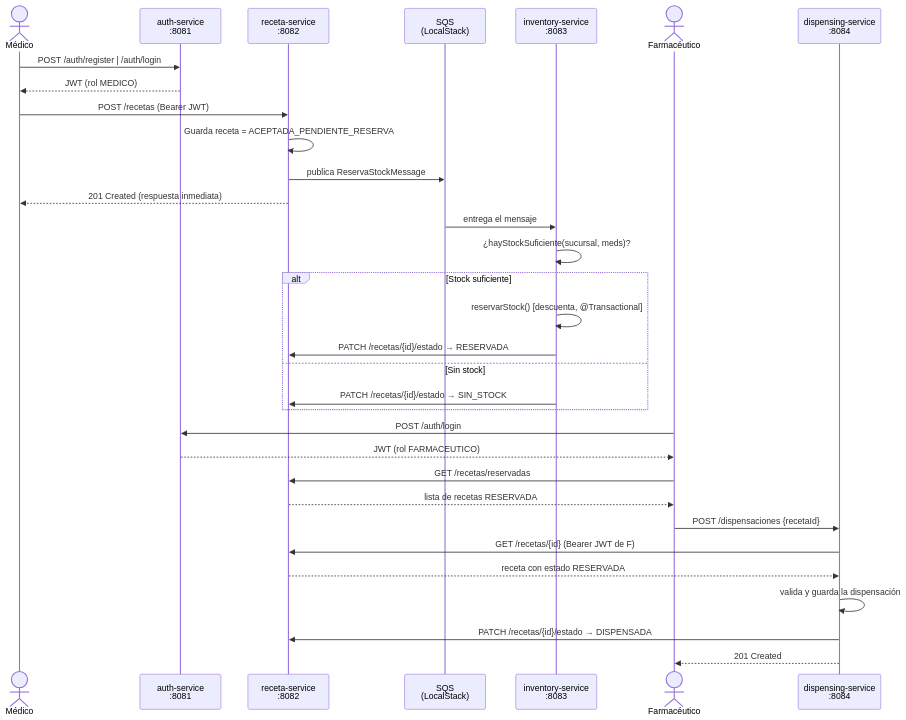
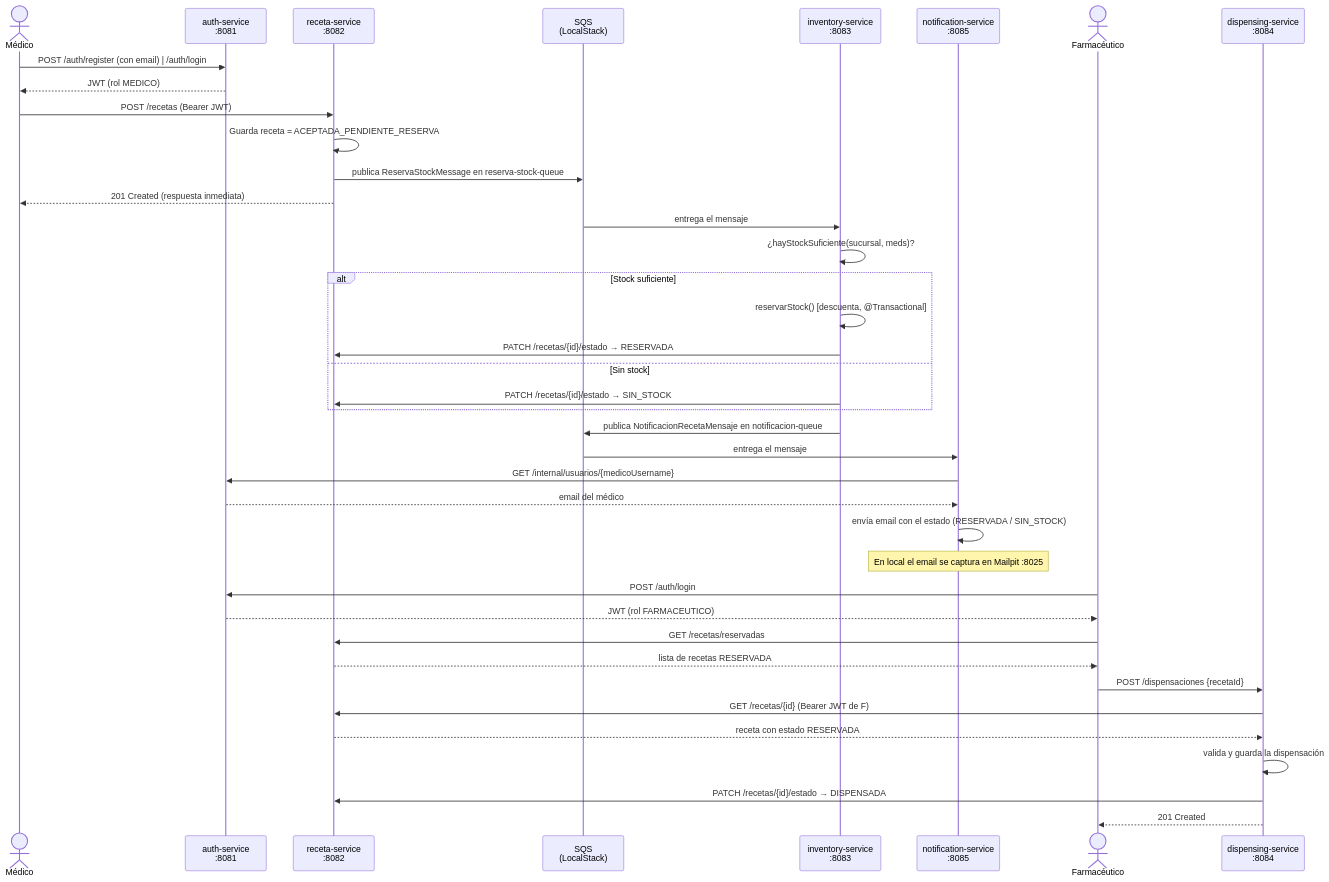
Before and after one commit to BenjaminSegovia/RecetasYa: the second of 2 diagrams in RESUMEN_PROYECTO.md, drawn with Mermaid. The commit also changed other lines of this file, not shown here.

First line of the commit message:
docs: actualizar RESUMEN_PROYECTO con notification-service, api-gateway y env vars

````diff
--- a/RESUMEN_PROYECTO.md
+++ b/RESUMEN_PROYECTO.md
@@ -158,39 +176,47 @@
 ```mermaid
 sequenceDiagram
     actor M as Médico
     participant A as auth-service<br/>:8081
     participant R as receta-service<br/>:8082
     participant Q as SQS<br/>(LocalStack)
     participant I as inventory-service<br/>:8083
+    participant N as notification-service<br/>:8085
     actor F as Farmacéutico
     participant D as dispensing-service<br/>:8084
 
-    M->>A: POST /auth/register | /auth/login
+    M->>A: POST /auth/register (con email) | /auth/login
     A-->>M: JWT (rol MEDICO)
 
     M->>R: POST /recetas (Bearer JWT)
     R->>R: Guarda receta = ACEPTADA_PENDIENTE_RESERVA
-    R->>Q: publica ReservaStockMessage
+    R->>Q: publica ReservaStockMessage en reserva-stock-queue
     R-->>M: 201 Created (respuesta inmediata)
 
     Q->>I: entrega el mensaje
     I->>I: ¿hayStockSuficiente(sucursal, meds)?
     alt Stock suficiente
         I->>I: reservarStock() [descuenta, @Transactional]
         I->>R: PATCH /recetas/{id}/estado → RESERVADA
     else Sin stock
         I->>R: PATCH /recetas/{id}/estado → SIN_STOCK
     end
+
+    I->>Q: publica NotificacionRecetaMensaje en notificacion-queue
+    Q->>N: entrega el mensaje
+    N->>A: GET /internal/usuarios/{medicoUsername}
+    A-->>N: email del médico
+    N->>N: envía email con el estado (RESERVADA / SIN_STOCK)
+    Note over N: En local el email se captura en Mailpit :8025
 
     F->>A: POST /auth/login
     A-->>F: JWT (rol FARMACEUTICO)
     F->>R: GET /recetas/reservadas
     R-->>F: lista de recetas RESERVADA
 
     F->>D: POST /dispensaciones {recetaId}
     D->>R: GET /recetas/{id} (Bearer JWT de F)
     R-->>D: receta con estado RESERVADA
     D->>D: valida y guarda la dispensación
     D->>R: PATCH /recetas/{id}/estado → DISPENSADA
     D-->>F: 201 Created
 ```
````
